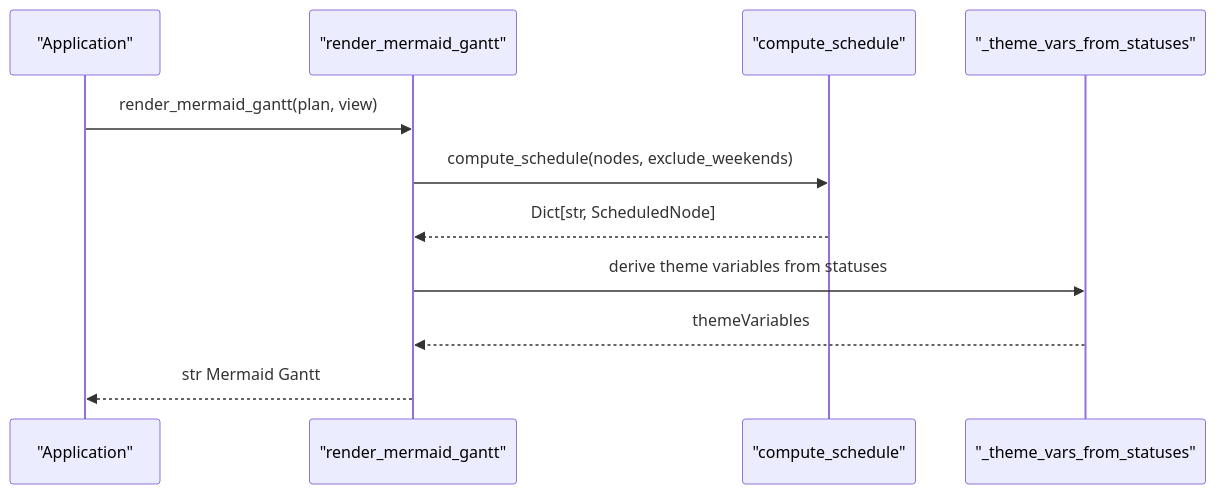
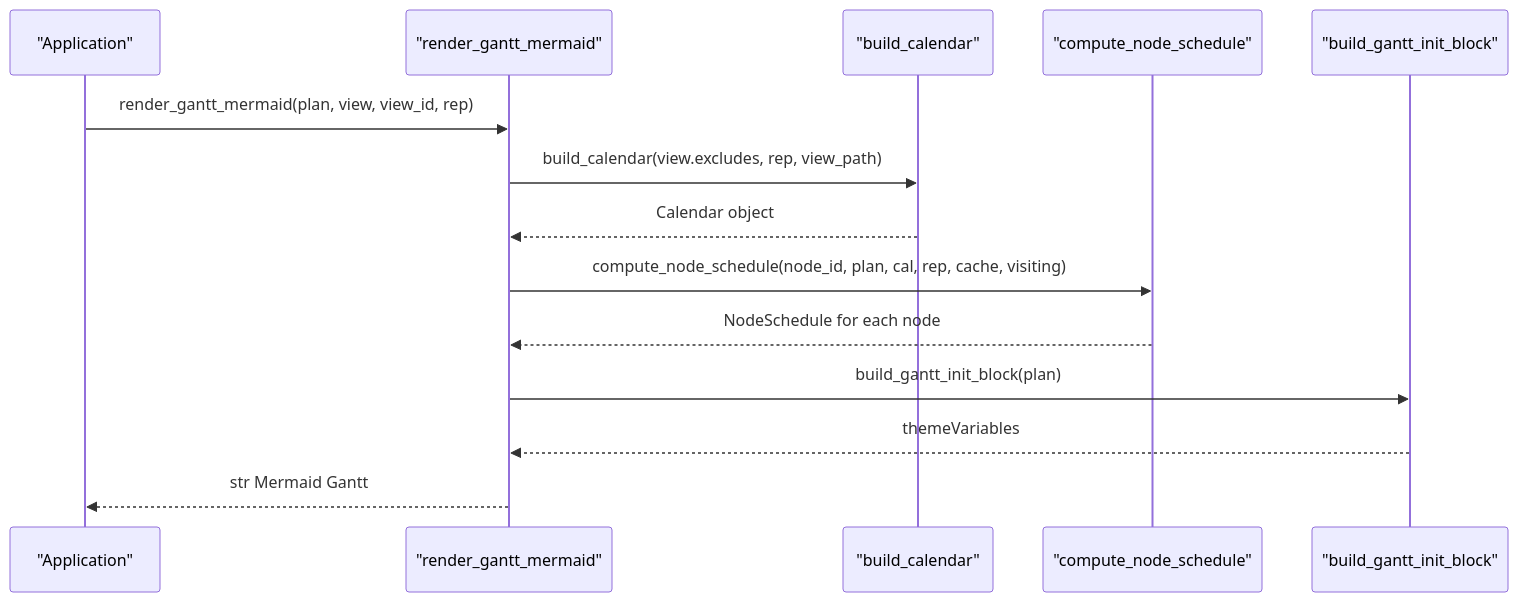
The fifth of 6 diagrams in .qoder/repowiki/en/content/Tooling and Utilities/Python API Reference.md (asukhodko/opskarta), drawn with Mermaid before and after one commit. The commit also changed other lines of this file and 6 other files, not shown here.

First line of the commit message:
feat(renderer): replace mermaid_gantt with plan2gantt and plan2dag modules

````diff
--- a/.qoder/repowiki/en/content/Tooling and Utilities/Python API Reference.md
+++ b/.qoder/repowiki/en/content/Tooling and Utilities/Python API Reference.md
@@ -291,13 +308,16 @@
 ```mermaid
 sequenceDiagram
 participant App as "Application"
-participant Ren as "render_mermaid_gantt"
-participant Comp as "compute_schedule"
-participant Theme as "_theme_vars_from_statuses"
-App->>Ren : render_mermaid_gantt(plan, view)
-Ren->>Comp : compute_schedule(nodes, exclude_weekends)
-Comp-->>Ren : Dict[str, ScheduledNode]
-Ren->>Theme : derive theme variables from statuses
+participant Ren as "render_gantt_mermaid"
+participant Cal as "build_calendar"
+participant Comp as "compute_node_schedule"
+participant Theme as "build_gantt_init_block"
+App->>Ren : render_gantt_mermaid(plan, view, view_id, rep)
+Ren->>Cal : build_calendar(view.excludes, rep, view_path)
+Cal-->>Ren : Calendar object
+Ren->>Comp : compute_node_schedule(node_id, plan, cal, rep, cache, visiting)
+Comp-->>Ren : NodeSchedule for each node
+Ren->>Theme : build_gantt_init_block(plan)
 Theme-->>Ren : themeVariables
 Ren-->>App : str Mermaid Gantt
 ```
````
